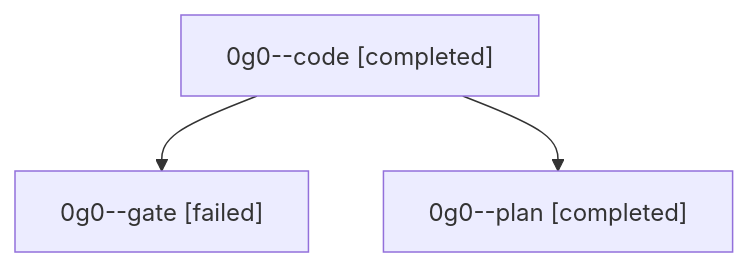
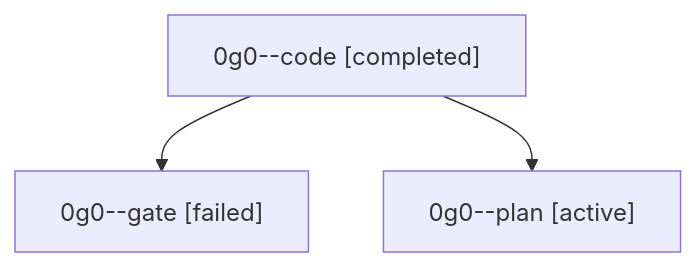
Before and after one commit to sase-org/sase--agents: the diagram in families/bbugyi200.athena.0g0.md, drawn with Mermaid. The commit also changed other lines of this file and 35830 other files, not shown here.

````diff
--- a/families/bbugyi200.athena.0g0.md
+++ b/families/bbugyi200.athena.0g0.md
@@ -9,8 +9,8 @@
 ```mermaid
 flowchart TD
   n0["0g0--code [completed]"]
   n1["0g0--gate [failed]"]
   n0 --> n1
-  n2["0g0--plan [completed]"]
+  n2["0g0--plan [active]"]
   n0 --> n2
 ```
````
